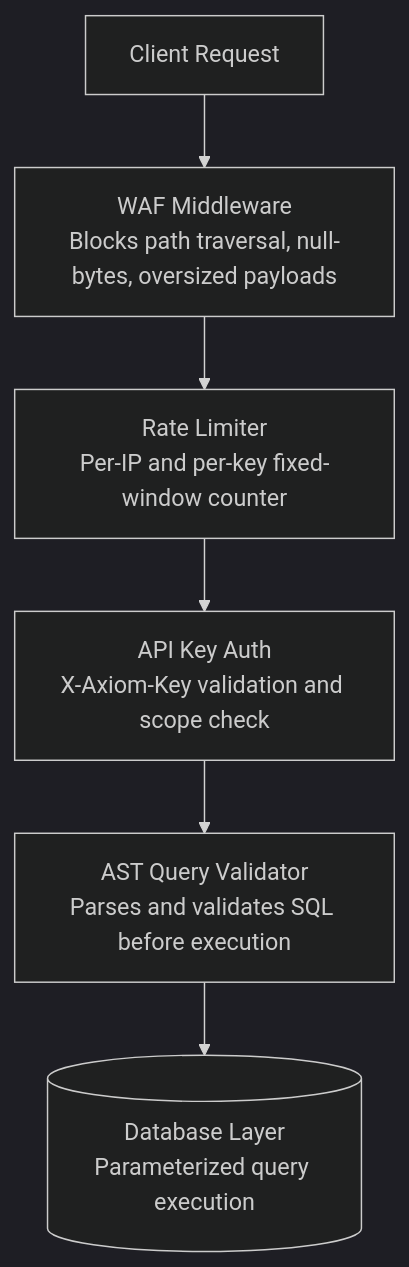
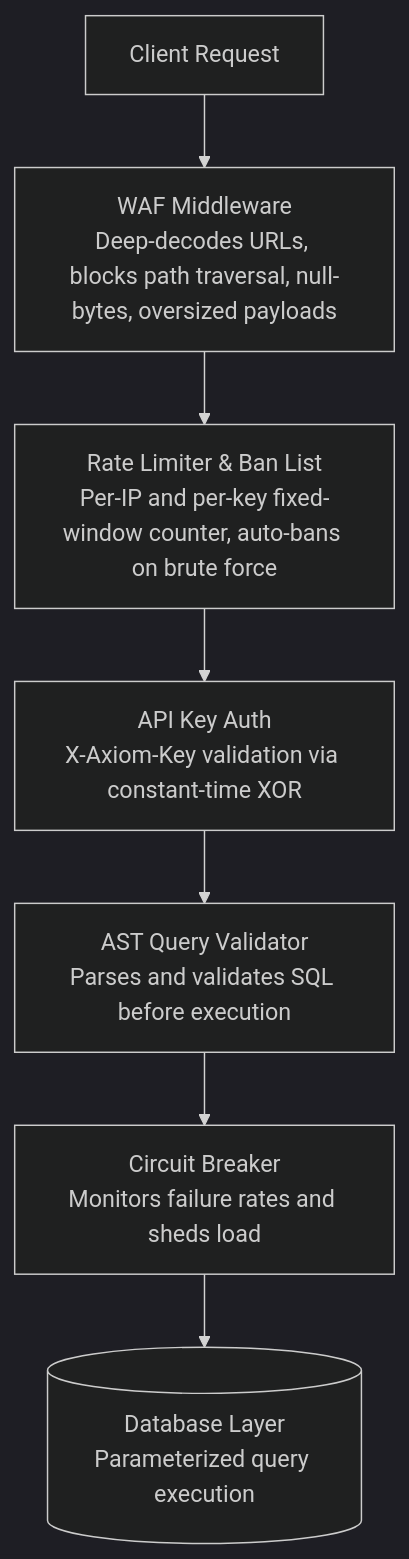
The fourth of 4 diagrams in README.md (toxichome-whoami/axiom), drawn with Mermaid (dark theme) before and after one commit. The commit also changed other lines of this file and 8 other files, not shown here.

````diff
--- a/README.md
+++ b/README.md
@@ -295,8 +297,9 @@
 ```mermaid
 flowchart TD
-    A["Client Request"] --> B["WAF Middleware\nBlocks path traversal, null-bytes, oversized payloads"]
-    B --> C["Rate Limiter\nPer-IP and per-key fixed-window counter"]
-    C --> D["API Key Auth\nX-Axiom-Key validation and scope check"]
+    A["Client Request"] --> B["WAF Middleware\nDeep-decodes URLs, blocks path traversal, null-bytes, oversized payloads"]
+    B --> C["Rate Limiter & Ban List\nPer-IP and per-key fixed-window counter, auto-bans on brute force"]
+    C --> D["API Key Auth\nX-Axiom-Key validation via constant-time XOR"]
     D --> E["AST Query Validator\nParses and validates SQL before execution"]
-    E --> F[("Database Layer\nParameterized query execution")]
+    E --> F["Circuit Breaker\nMonitors failure rates and sheds load"]
+    F --> G[("Database Layer\nParameterized query execution")]
 ```
````
